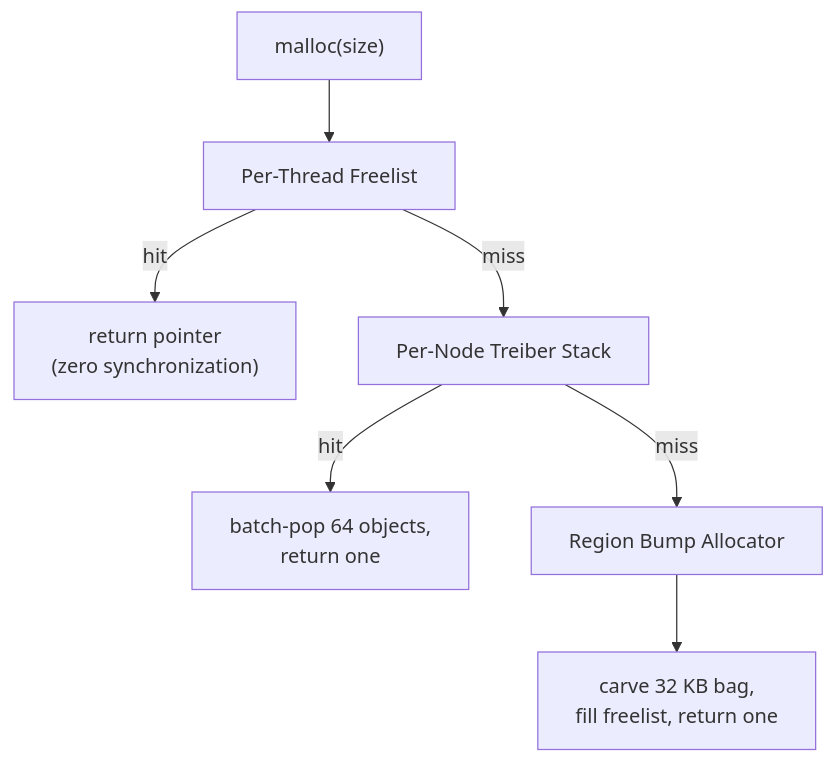
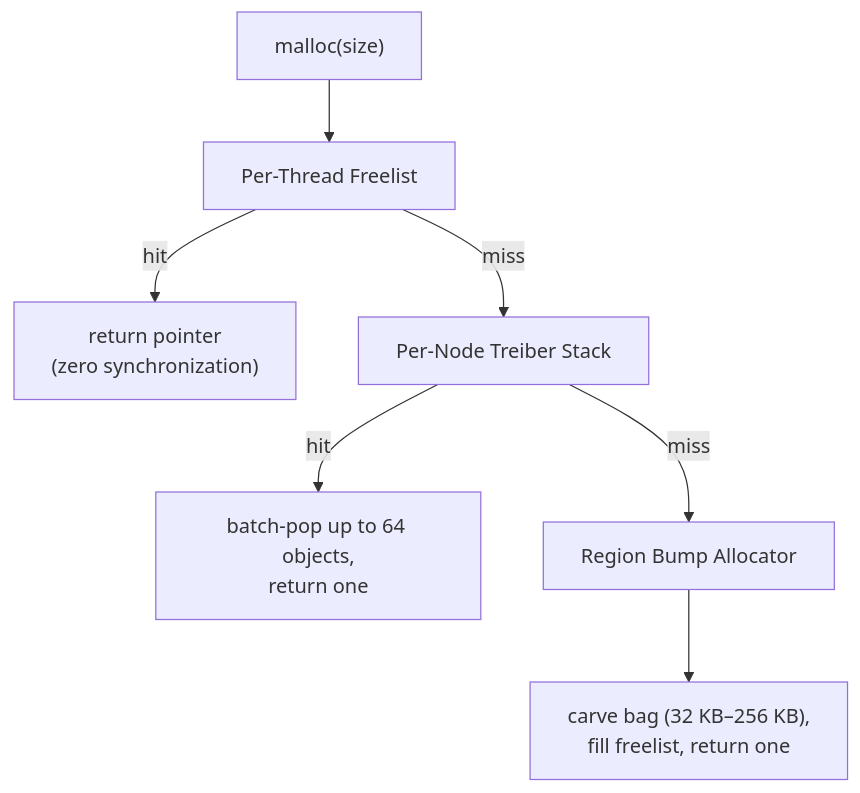
The second of 5 diagrams in README.md (Mnwa/NUMAlloc-rs), drawn with Mermaid before and after one commit. The commit also changed other lines of this file and 7 other files, not shown here.

````diff
--- a/README.md
+++ b/README.md
@@ -55,9 +55,9 @@
 ```mermaid
 graph TD
     A["malloc(size)"] --> B["Per-Thread Freelist"]
     B -- hit --> C["return pointer<br/>(zero synchronization)"]
     B -- miss --> D["Per-Node Treiber Stack"]
-    D -- hit --> E["batch-pop 64 objects,<br/>return one"]
+    D -- hit --> E["batch-pop up to 64 objects,<br/>return one"]
     D -- miss --> F["Region Bump Allocator"]
-    F --> G["carve 32 KB bag,<br/>fill freelist, return one"]
+    F --> G["carve bag (32 KB–256 KB),<br/>fill freelist, return one"]
 ```
````
